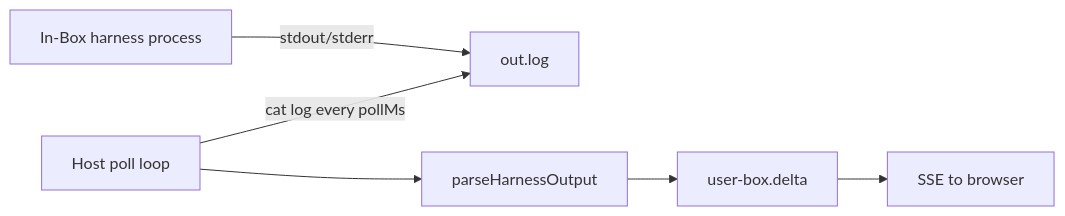
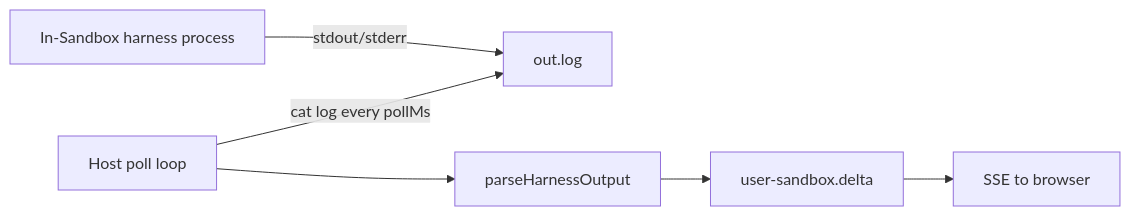
Diagram 12 of 15 in docs/optibox-handoff-technical-report.md (ariana-dot-dev/optibox), drawn with Mermaid before and after one commit. The commit also changed other lines of this file and 26 other files, not shown here.

First line of the commit message:
rename Box to Boat: the product is Boat, the machine is a sandbox

````diff
--- a/docs/optibox-handoff-technical-report.md
+++ b/docs/optibox-handoff-technical-report.md
@@ -390,8 +390,8 @@
 ```mermaid
 flowchart LR
-    A[In-Box harness process] -->|stdout/stderr| B[out.log]
+    A[In-Sandbox harness process] -->|stdout/stderr| B[out.log]
     C[Host poll loop] -->|cat log every pollMs| B
     C --> D[parseHarnessOutput]
-    D --> E[user-box.delta]
+    D --> E[user-sandbox.delta]
     E --> F[SSE to browser]
 ```
````
